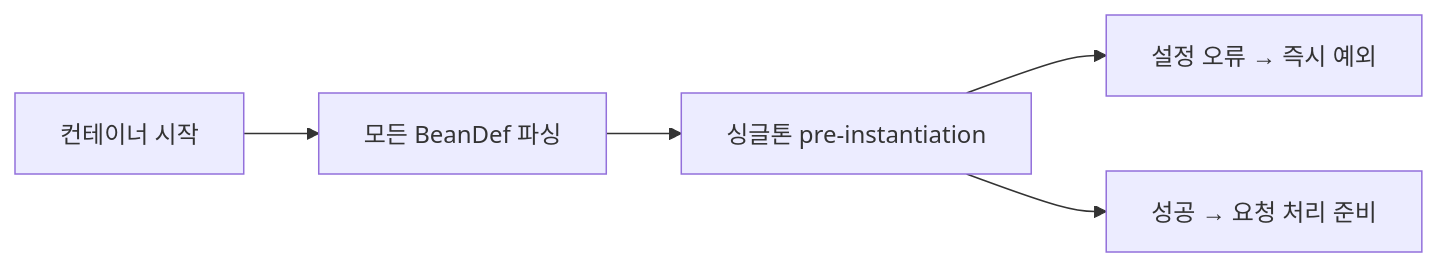
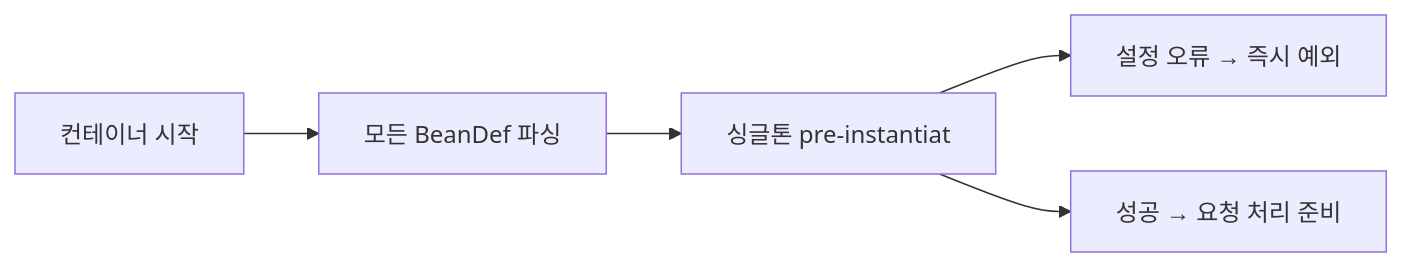
Before and after one commit to yjkim2015/yjkim2015.github.io: the second of 6 diagrams in _posts/spring/2026-05-01-spring-ioc-di.md, drawn with Mermaid. The commit also changed other lines of this file and 245 other files, not shown here.

First line of the commit message:
Mermaid 다이어그램 전면 수정 + 면접 포인트 접기/펼치기 + DB 데드락 페이지

````diff
--- a/_posts/spring/2026-05-01-spring-ioc-di.md
+++ b/_posts/spring/2026-05-01-spring-ioc-di.md
@@ -192,7 +192,7 @@
 ```mermaid
 graph LR
     A["컨테이너 시작"] --> B["모든 BeanDef 파싱"]
-    B --> C["싱글톤 pre-instantiation"]
+    B --> C["싱글톤 pre-instantiat"]
     C --> D["설정 오류 → 즉시 예외"]
     C --> E["성공 → 요청 처리 준비"]
 ```
````
